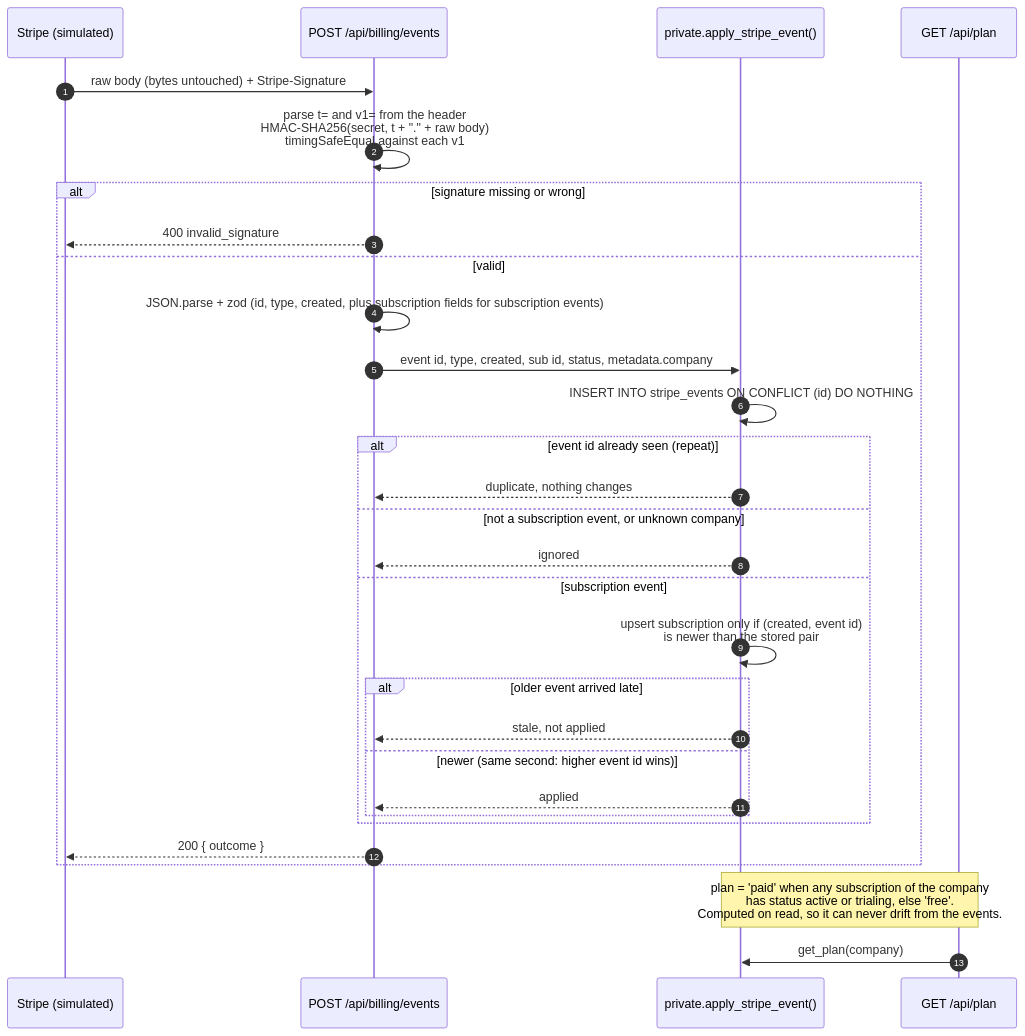
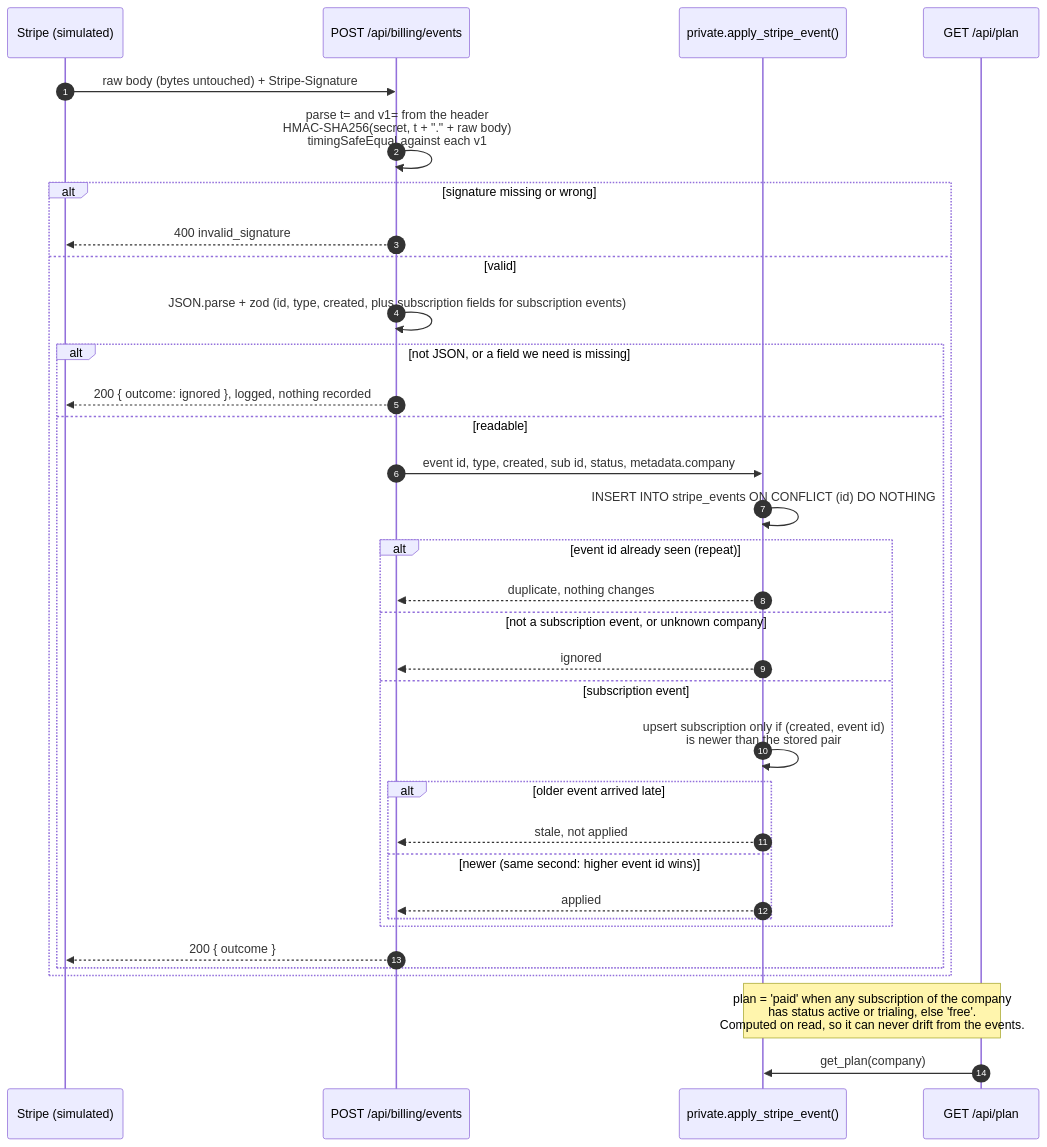
Before and after one commit to Shweta488/candidate-search: the sixth of 6 diagrams in docs/ARCHITECTURE.md, drawn with Mermaid. The commit also changed other lines of this file and 3 other files, not shown here.

First line of the commit message:
docs: align the LLD, architecture and testing docs with the code

````diff
--- a/docs/ARCHITECTURE.md
+++ b/docs/ARCHITECTURE.md
@@ -414,35 +414,39 @@
 ```mermaid
 %% LLD: Stripe webhook handling (LLD section 5). One Postgres transaction per event.
 sequenceDiagram
     autonumber
     participant ST as Stripe (simulated)
     participant API as POST /api/billing/events
     participant DB as private.apply_stripe_event()
     participant PL as GET /api/plan
 
     ST->>API: raw body (bytes untouched) + Stripe-Signature
     API->>API: parse t= and v1= from the header<br/>HMAC-SHA256(secret, t + "." + raw body)<br/>timingSafeEqual against each v1
     alt signature missing or wrong
         API-->>ST: 400 invalid_signature
     else valid
         API->>API: JSON.parse + zod (id, type, created, plus subscription fields for subscription events)
+        alt not JSON, or a field we need is missing
+            API-->>ST: 200 { outcome: ignored }, logged, nothing recorded
+        else readable
         API->>DB: event id, type, created, sub id, status, metadata.company
         DB->>DB: INSERT INTO stripe_events ON CONFLICT (id) DO NOTHING
         alt event id already seen (repeat)
             DB-->>API: duplicate, nothing changes
         else not a subscription event, or unknown company
             DB-->>API: ignored
         else subscription event
             DB->>DB: upsert subscription only if (created, event id)<br/>is newer than the stored pair
             alt older event arrived late
                 DB-->>API: stale, not applied
             else newer (same second: higher event id wins)
                 DB-->>API: applied
             end
         end
         API-->>ST: 200 { outcome }
+        end
     end
 
     Note over PL,DB: plan = 'paid' when any subscription of the company<br/>has status active or trialing, else 'free'.<br/>Computed on read, so it can never drift from the events.
     PL->>DB: get_plan(company)
 ```
````
